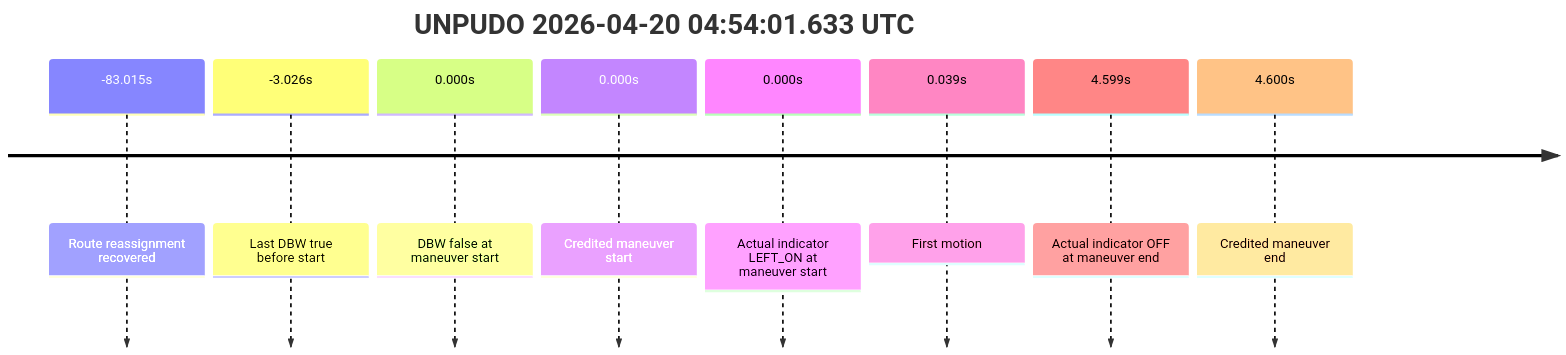
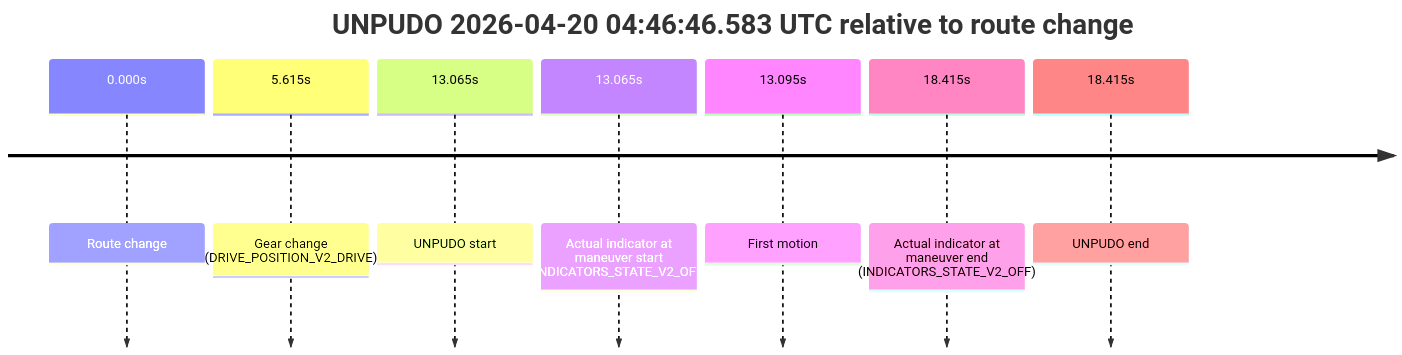
The second of 5 diagrams in model_analysis/report_cards/2026/04/Week-4/fme10011--2026-04-20--03-53-04--gen2-av-850e5b7c-de73-4684-be82-3d23281dc919.md (yoelshapiro/vault), drawn with Mermaid before and after one commit. The commit also changed other lines of this file and 1 other file, not shown here.

````diff
--- a/model_analysis/report_cards/2026/04/Week-4/fme10011--2026-04-20--03-53-04--gen2-av-850e5b7c-de73-4684-be82-3d23281dc919.md
+++ b/model_analysis/report_cards/2026/04/Week-4/fme10011--2026-04-20--03-53-04--gen2-av-850e5b7c-de73-4684-be82-3d23281dc919.md
@@ -110,12 +120,11 @@
 ```mermaid
 timeline
-    title UNPUDO 2026-04-20 04:54:01.633 UTC
-    -83.015s : Route reassignment recovered
-    -3.026s : Last DBW true before start
-    0.000s : DBW false at maneuver start
-    0.000s : Credited maneuver start
-    0.000s : Actual indicator LEFT_ON at maneuver start
-    0.039s : First motion
-    4.599s : Actual indicator OFF at maneuver end
-    4.600s : Credited maneuver end
+    title UNPUDO 2026-04-20 04:46:46.583 UTC relative to route change
+    0.000s : Route change
+    5.615s : Gear change (DRIVE_POSITION_V2_DRIVE)
+    13.065s : UNPUDO start
+    13.065s : Actual indicator at maneuver start (INDICATORS_STATE_V2_OFF)
+    13.095s : First motion
+    18.415s : Actual indicator at maneuver end (INDICATORS_STATE_V2_OFF)
+    18.415s : UNPUDO end
 ```
````
